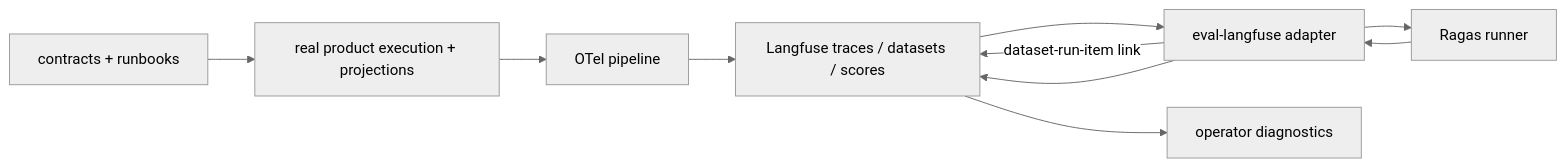
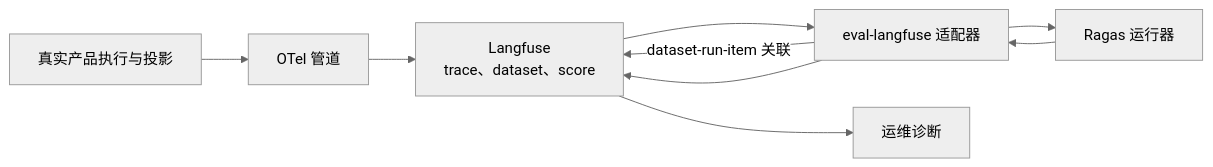
The fifth of 5 diagrams in docs/architecture/flows.md (Luxfeier22331/campus-agent-main), drawn with Mermaid (neutral theme) before and after one commit. The commit also changed other lines of this file and 316 other files, not shown here.

````diff
--- a/docs/architecture/flows.md
+++ b/docs/architecture/flows.md
@@ -137,20 +102,15 @@
 ```mermaid
 flowchart LR
-  Runtime["real product execution + projections"]
-  OTel["OTel pipeline"]
-  Langfuse["Langfuse traces / datasets / scores"]
-  Ragas["Ragas runner"]
-  EvalAdapter["eval-langfuse adapter"]
-  Operator["operator diagnostics"]
-  Docs["contracts + runbooks"]
+  Runtime["真实产品执行与投影"]
+  OTel["OTel 管道"]
+  Langfuse["Langfuse\ntrace、dataset、score"]
+  Adapter["eval-langfuse 适配器"]
+  Ragas["Ragas 运行器"]
+  Operator["运维诊断"]
 
-  Runtime --> OTel
-  OTel --> Langfuse
-  Langfuse --> EvalAdapter
-  EvalAdapter -->|dataset-run-item link| Langfuse
-  EvalAdapter --> Ragas
-  Ragas --> EvalAdapter
-  EvalAdapter --> Langfuse
-  Langfuse --> Operator
-  Docs --> Runtime
+  Runtime --> OTel --> Langfuse
+  Langfuse --> Adapter
+  Adapter -->|dataset-run-item 关联| Langfuse
+  Adapter --> Ragas --> Adapter
+  Adapter --> Langfuse --> Operator
 ```
````
